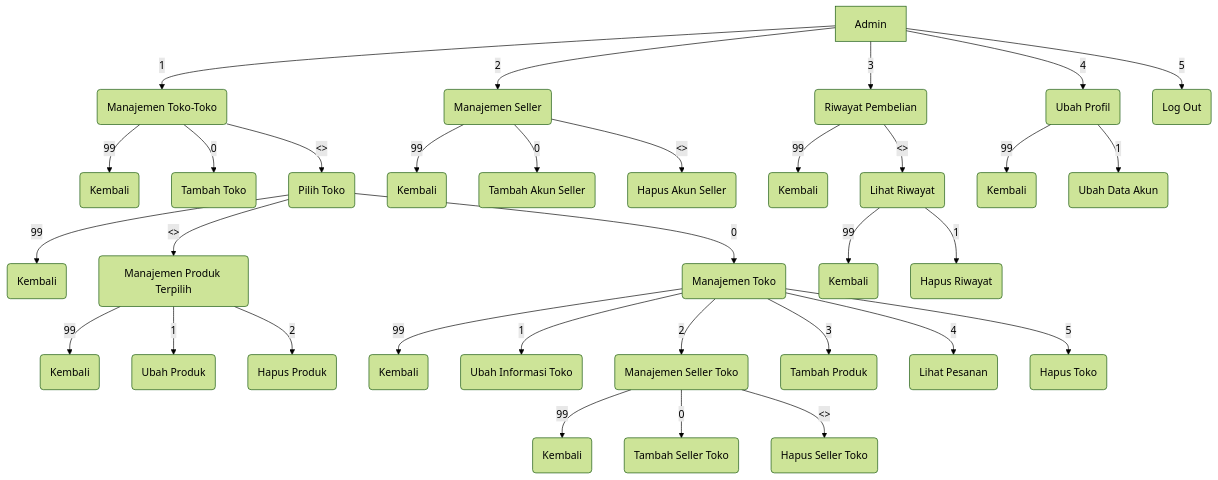
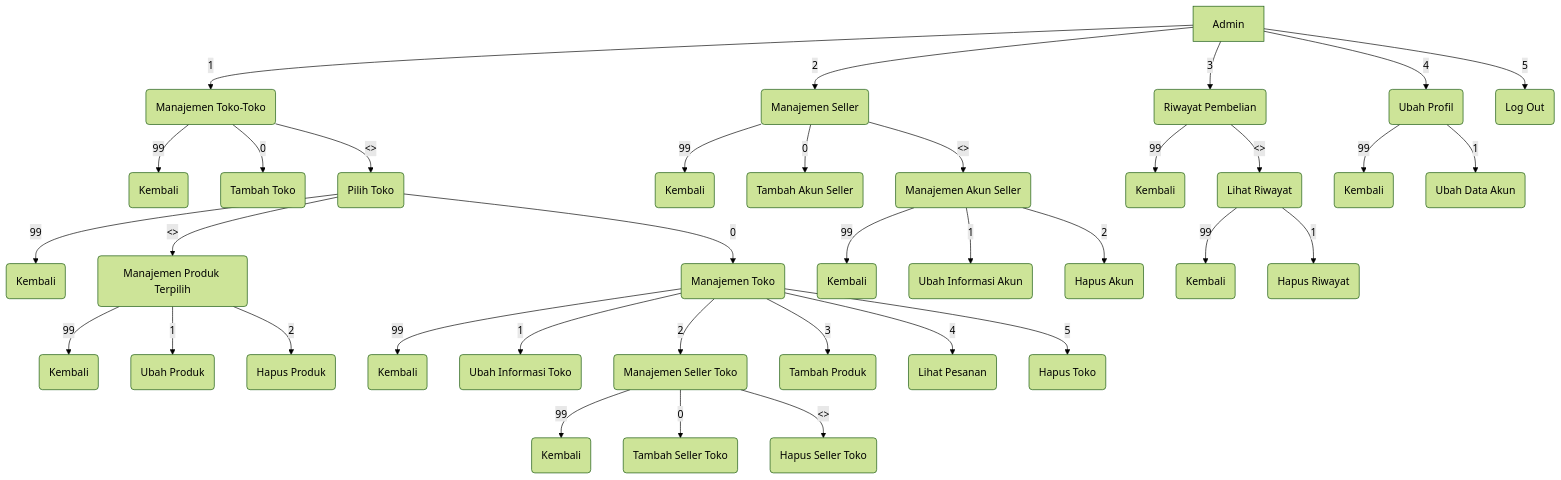
The second of 3 diagrams in README.md (Viabelous/ProjekAkhirPBO), drawn with Mermaid (forest theme) before and after one commit. The commit also changed other lines of this file, not shown here.

Commit message:
README: Ubah Sesuatu

````diff
--- a/README.md
+++ b/README.md
@@ -58,42 +55,45 @@
 ```mermaid
 graph
 
 A[Admin] -- 1 --> B(Manajemen Toko-Toko)
 B --99 --> BA(Kembali)
 B -- 0 --> BB(Tambah Toko)
 B -- <> --> BC(Pilih Toko)
 	BC -- 99 --> BCA(Kembali)
 	BC -- 0 --> BCB(Manajemen Toko)
 	BC -- <> --> BCC(Manajemen Produk Terpilih)
 		BCC -- 99 --> BCCA(Kembali)
 		BCC -- 1 --> BCCB(Ubah Produk)
 		BCC -- 2 --> BCCC(Hapus Produk)
 
 BCB -- 99 --> BCBA(Kembali)
 BCB -- 1 --> BCBB(Ubah Informasi Toko)
 BCB -- 2 --> BCBC(Manajemen Seller Toko)
 	BCBC -- 99 --> BCBCA(Kembali)
 	BCBC -- 0 --> BCBCB(Tambah Seller Toko)
 	BCBC -- <> --> BCBCC(Hapus Seller Toko)
 BCB -- 3 --> BCBE(Tambah Produk)
 BCB -- 4 --> BCBF(Lihat Pesanan)
 BCB -- 5 --> BCBG(Hapus Toko)
 
 A -- 2 --> C(Manajemen Seller)
 C -- 99 --> CA(Kembali)
 C -- 0 --> CB(Tambah Akun Seller)
-C -- <> --> CC(Hapus Akun Seller)
+C -- <> --> CC(Manajemen Akun Seller)
+	CC -- 99 --> CCA(Kembali)
+	CC -- 1 --> CCB(Ubah Informasi Akun)
+	CC -- 2 --> CCC(Hapus Akun)
 
 A -- 3 --> D(Riwayat Pembelian)
 D -- 99 --> DA(Kembali)
 D -- <> --> DB(Lihat Riwayat)
 	DB -- 99 --> DBA(Kembali)
 	DB -- 1 --> DBB(Hapus Riwayat)
 
 A -- 4 --> E(Ubah Profil)
 
 E -- 99 --> EA(Kembali)
 E -- 1 --> EB(Ubah Data Akun)
 
 A -- 5 --> F(Log Out)
 ```
````
